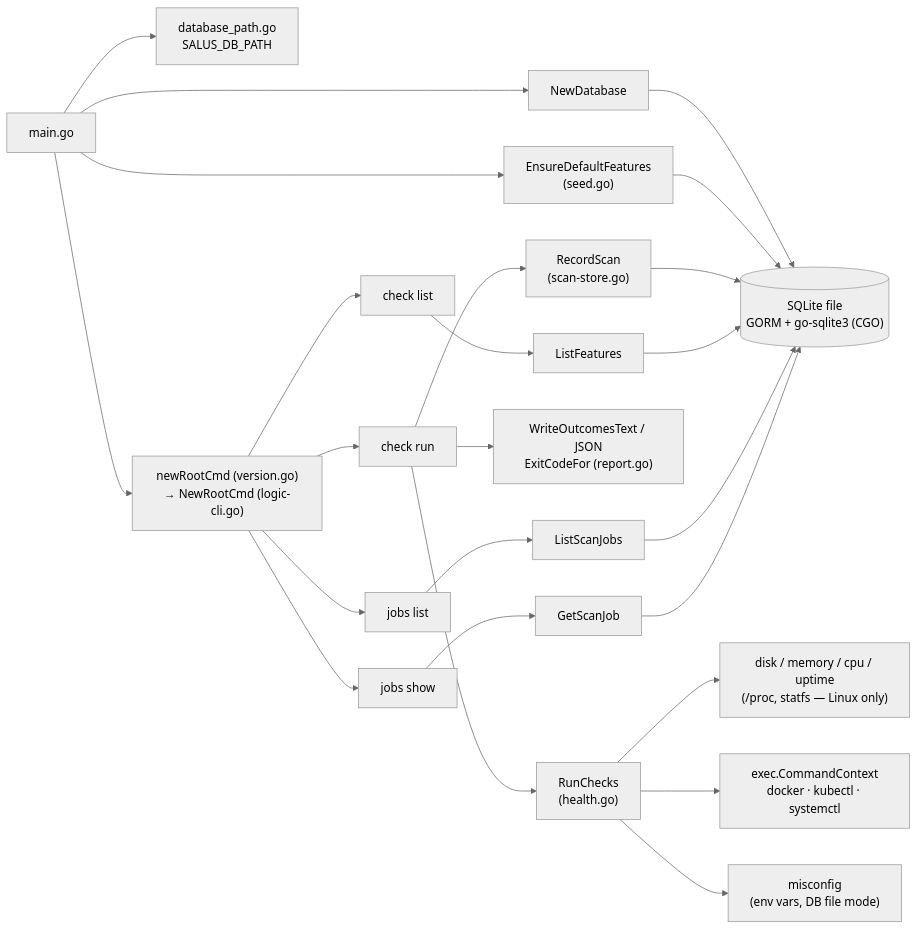
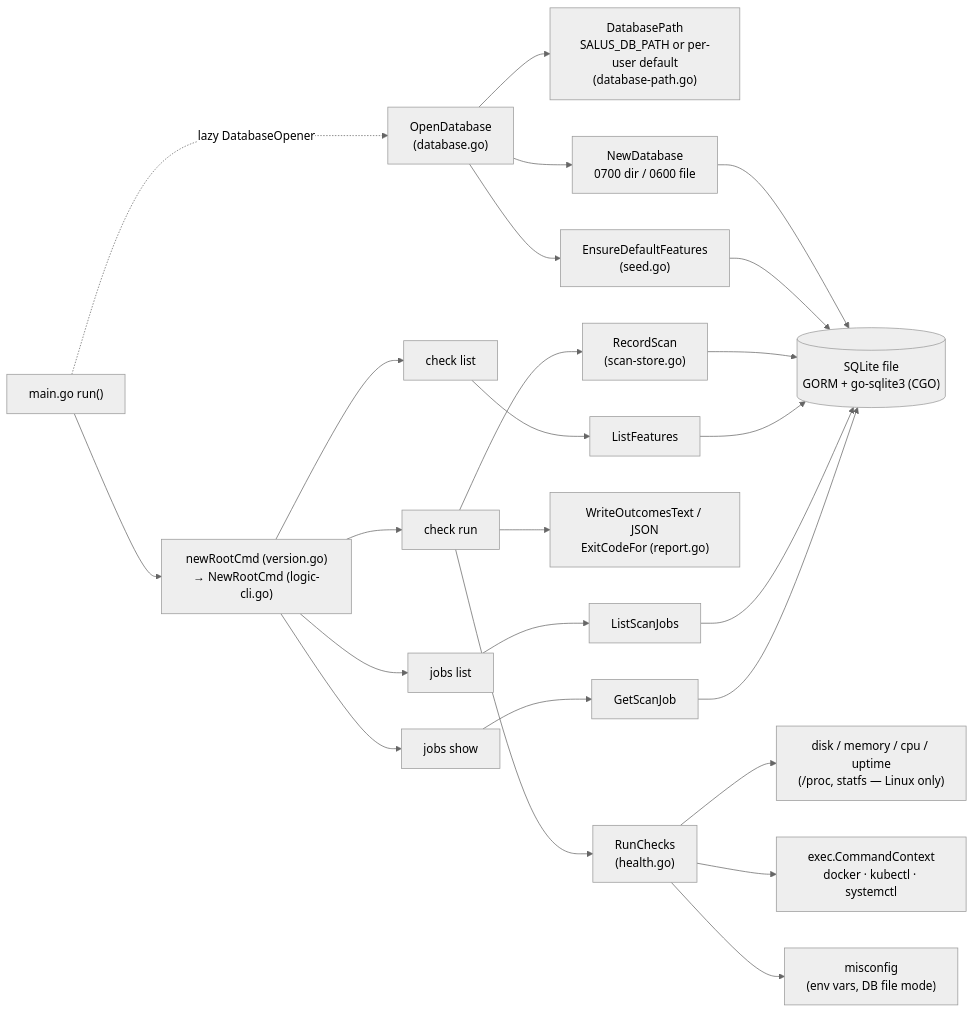
The first of 3 diagrams in intel/map.md (jabbott-iii/Salus), drawn with Mermaid (neutral theme) before and after one commit. The commit also changed other lines of this file and 21 other files, not shown here.

````diff
--- a/intel/map.md
+++ b/intel/map.md
@@ -60,30 +60,31 @@
 ```mermaid
 flowchart LR
-    main["main.go"] --> dbpath["database_path.go<br/>SALUS_DB_PATH"]
-    main --> NewDatabase
-    main --> Seed["EnsureDefaultFeatures<br/>(seed.go)"]
-    main --> Root["newRootCmd (version.go)<br/>→ NewRootCmd (logic-cli.go)"]
+    main["main.go run()"] --> Root["newRootCmd (version.go)<br/>→ NewRootCmd (logic-cli.go)"]
+    main -. "lazy DatabaseOpener" .-> Open["OpenDatabase<br/>(database.go)"]
+    Open --> dbpath["DatabasePath<br/>SALUS_DB_PATH or per-user default<br/>(database-path.go)"]
+    Open --> NewDatabase["NewDatabase<br/>0700 dir / 0600 file"]
+    Open --> Seed["EnsureDefaultFeatures<br/>(seed.go)"]
 
     Root --> CheckList["check list"]
     Root --> CheckRun["check run"]
     Root --> JobsList["jobs list"]
     Root --> JobsShow["jobs show"]
 
     CheckRun --> RunChecks["RunChecks<br/>(health.go)"]
     CheckRun --> RecordScan["RecordScan<br/>(scan-store.go)"]
     CheckRun --> Report["WriteOutcomesText / JSON<br/>ExitCodeFor (report.go)"]
     CheckList --> ListFeatures
     JobsList --> ListScanJobs
     JobsShow --> GetScanJob
 
     RunChecks --> Resources["disk / memory / cpu / uptime<br/>(/proc, statfs — Linux only)"]
     RunChecks --> Exec["exec.CommandContext<br/>docker · kubectl · systemctl"]
     RunChecks --> Misconfig["misconfig<br/>(env vars, DB file mode)"]
 
     NewDatabase --> SQLite[("SQLite file<br/>GORM + go-sqlite3 (CGO)")]
     Seed --> SQLite
     RecordScan --> SQLite
     ListFeatures --> SQLite
     ListScanJobs --> SQLite
     GetScanJob --> SQLite
 ```
````
